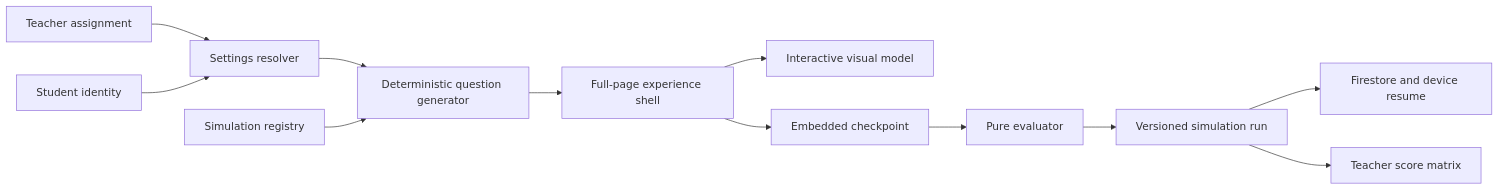
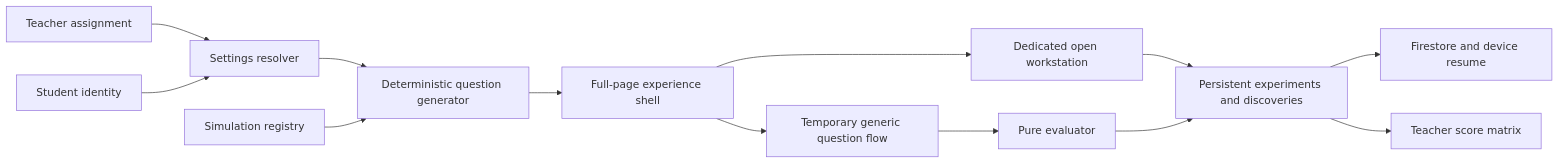
One commit to erichaas74/PBL-Forge changed the diagram in docs/dragon-genetics-simulations/ADAPTIVE_FULL_PAGE_ARCHITECTURE.md. Above: the diagram before and after it, drawn with Mermaid. The commit also changed other lines of this file and 210 other files, not shown here.

````diff
--- a/docs/dragon-genetics-simulations/ADAPTIVE_FULL_PAGE_ARCHITECTURE.md
+++ b/docs/dragon-genetics-simulations/ADAPTIVE_FULL_PAGE_ARCHITECTURE.md
@@ -10,14 +12,15 @@
 ```mermaid
 flowchart LR
   A[Teacher assignment] --> R[Settings resolver]
   S[Student identity] --> R
   R --> G[Deterministic question generator]
   D[Simulation registry] --> G
   G --> X[Full-page experience shell]
-  X --> V[Interactive visual model]
-  X --> Q[Embedded checkpoint]
+  X --> W[Dedicated open workstation]
+  X --> Q[Temporary generic question flow]
+  W --> P[Persistent experiments and discoveries]
   Q --> E[Pure evaluator]
-  E --> P[Versioned simulation run]
+  E --> P
   P --> F[Firestore and device resume]
   P --> T[Teacher score matrix]
 ```
````
